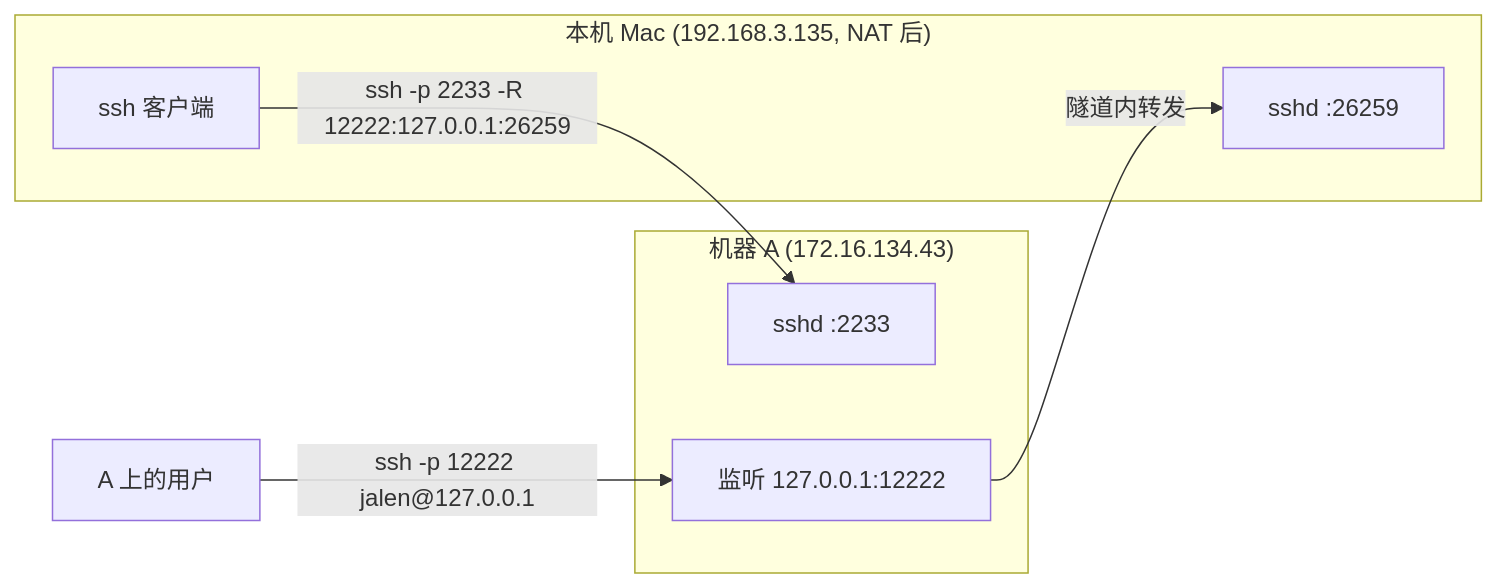
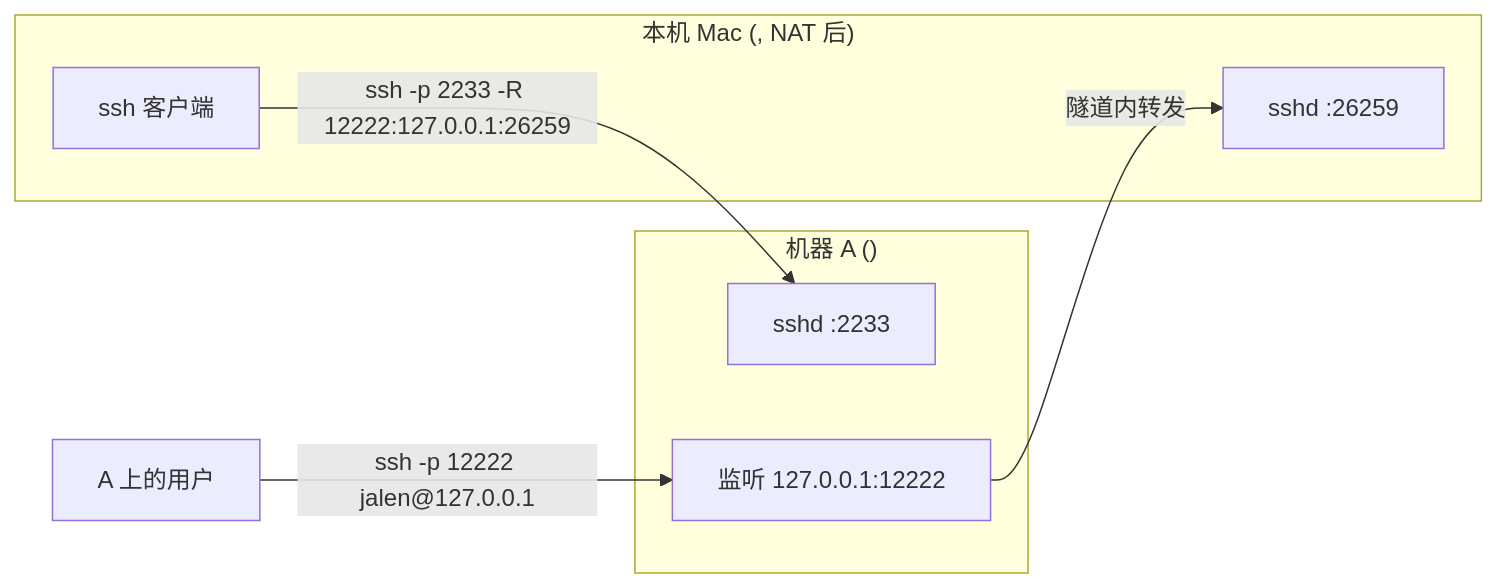
Before and after one commit to Clearmind777/macos-revtunnel: the diagram in README.md, drawn with Mermaid. The commit also changed other lines of this file and 2 other files, not shown here.

````diff
--- a/README.md
+++ b/README.md
@@ -50,14 +50,14 @@
 ```mermaid
 flowchart LR
-    subgraph Mac["本机 Mac (192.168.3.135, NAT 后)"]
+    subgraph Mac["本机 Mac (<MAC_LAN_IP>, NAT 后)"]
         CLI["ssh 客户端"]
         SSHD["sshd :26259"]
     end
-    subgraph A["机器 A (172.16.134.43)"]
+    subgraph A["机器 A (<JUMP_HOST>)"]
         ASSHD["sshd :2233"]
         LIS["监听 127.0.0.1:12222"]
     end
     CLI -- "ssh -p 2233 -R 12222:127.0.0.1:26259" --> ASSHD
     LIS -- "隧道内转发" --> SSHD
     USER["A 上的用户"] -- "ssh -p 12222 jalen@127.0.0.1" --> LIS
 ```
````
